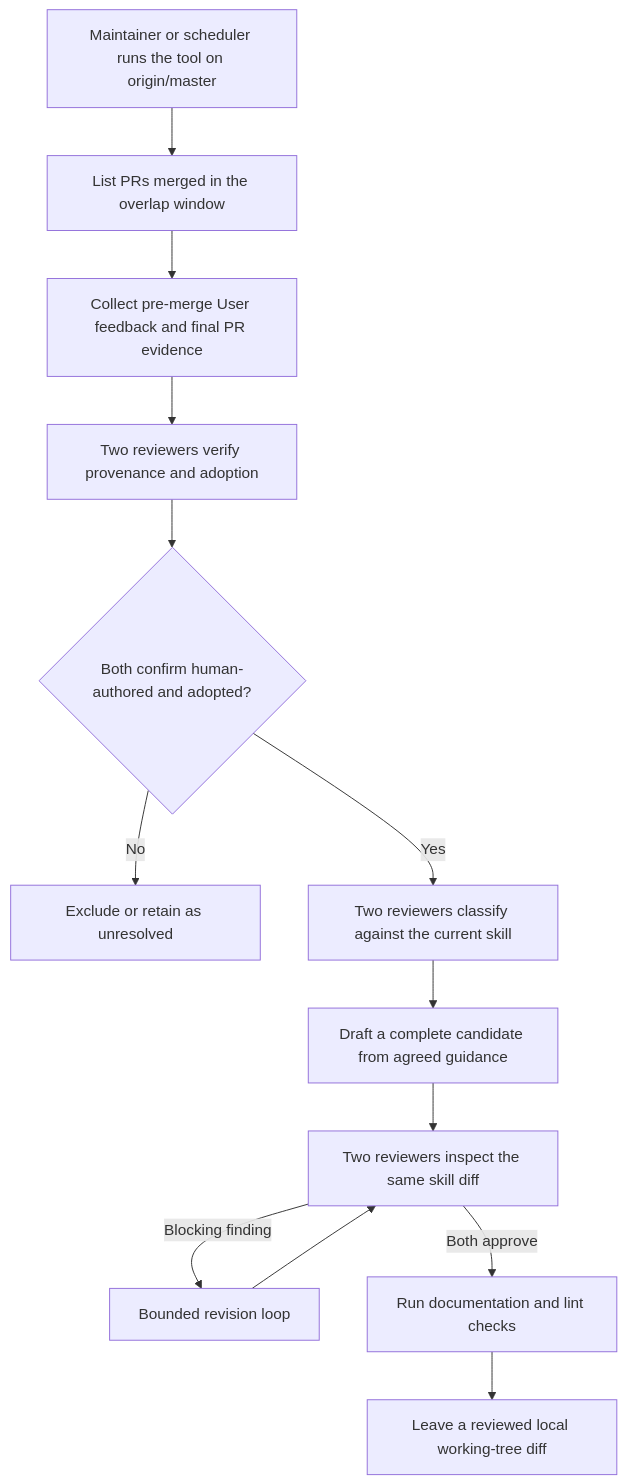
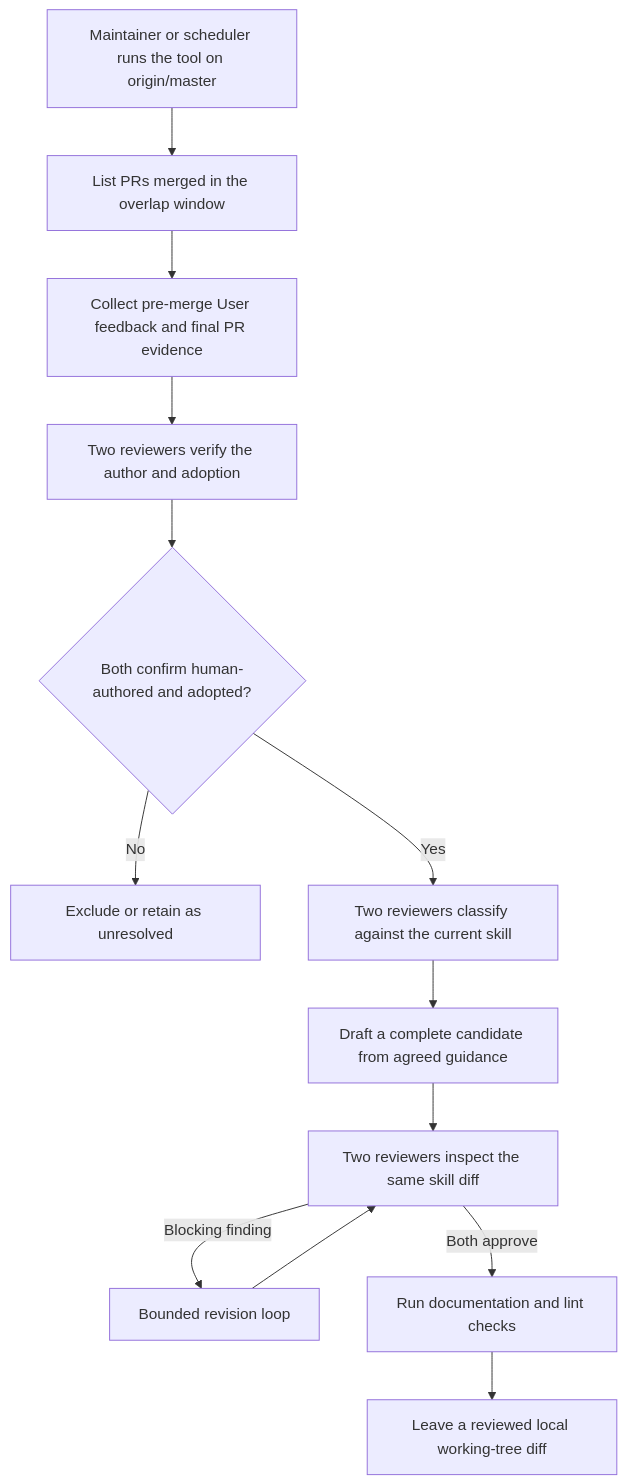
The diagram in .agents/notes/proposed/process/2026-07-13-human-review-skill-maintenance.md (eru123/coco-harness), drawn with Mermaid before and after one commit. The commit also changed other lines of this file and 392 other files, not shown here.

````diff
--- a/.agents/notes/proposed/process/2026-07-13-human-review-skill-maintenance.md
+++ b/.agents/notes/proposed/process/2026-07-13-human-review-skill-maintenance.md
@@ -15,15 +15,15 @@
 ```mermaid
 flowchart TD
   A["Maintainer or scheduler runs the tool on origin/master"] --> B["List PRs merged in the overlap window"]
   B --> C["Collect pre-merge User feedback and final PR evidence"]
-  C --> D["Two reviewers verify provenance and adoption"]
+  C --> D["Two reviewers verify the author and adoption"]
   D --> E{"Both confirm human-authored and adopted?"}
   E -- "No" --> F["Exclude or retain as unresolved"]
   E -- "Yes" --> G["Two reviewers classify against the current skill"]
   G --> H["Draft a complete candidate from agreed guidance"]
   H --> I["Two reviewers inspect the same skill diff"]
   I -- "Blocking finding" --> J["Bounded revision loop"]
   J --> I
   I -- "Both approve" --> K["Run documentation and lint checks"]
   K --> L["Leave a reviewed local working-tree diff"]
 ```
````
